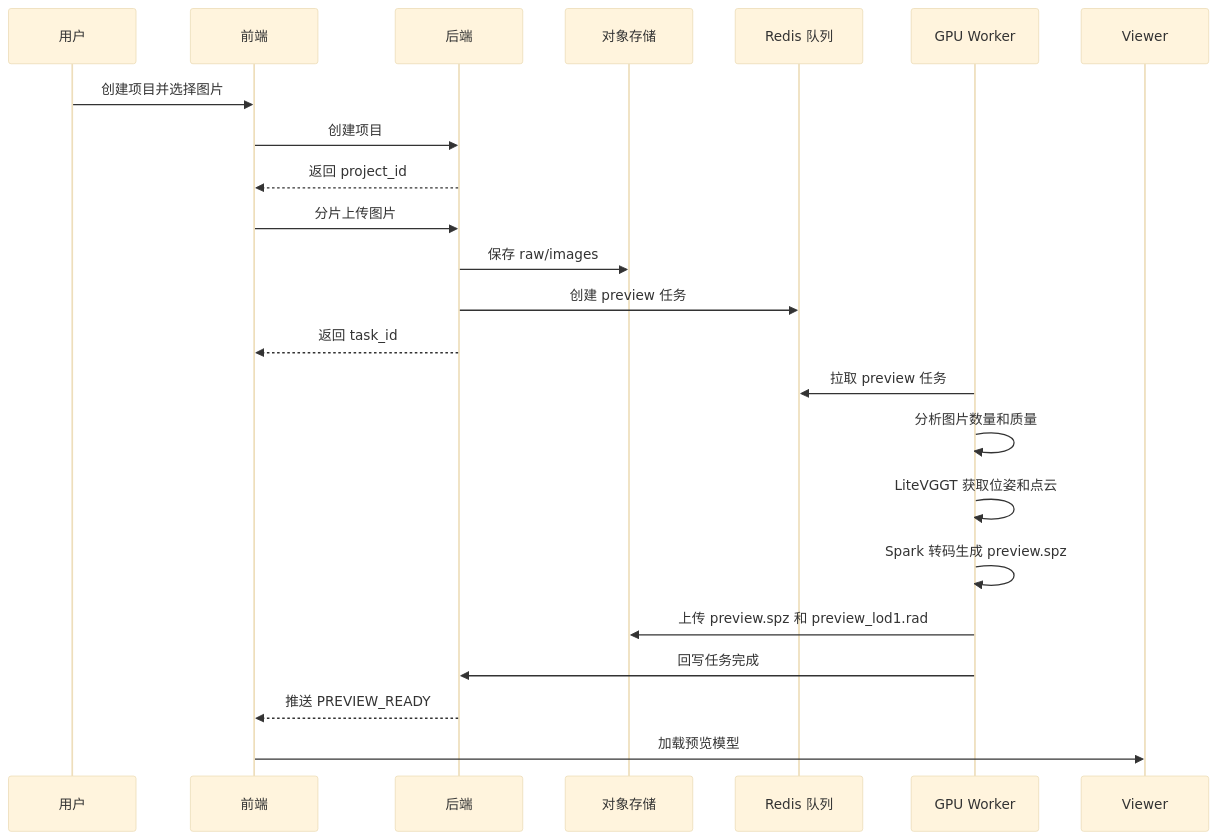
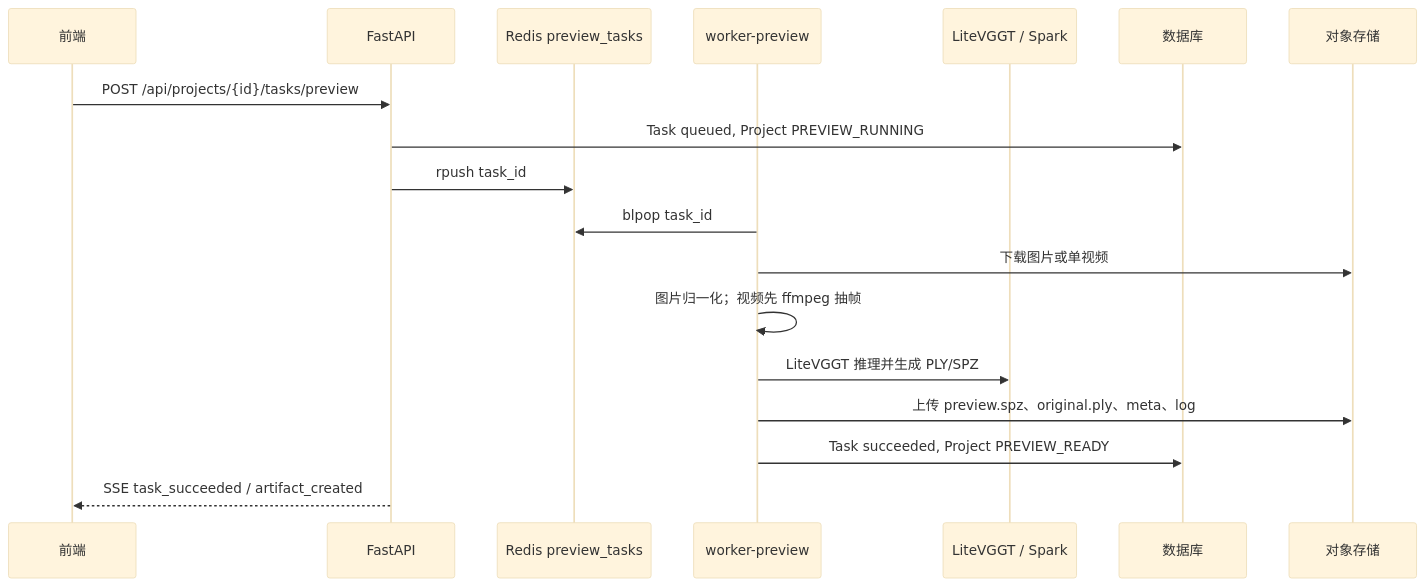
One commit to Braveliu66/3dgsbi changed the second of 3 diagrams in doc/03-workflows-state.md. Above: the diagram before and after it, drawn with Mermaid (base theme). The commit also changed other lines of this file and 27 other files, not shown here.

````diff
--- a/doc/03-workflows-state.md
+++ b/doc/03-workflows-state.md
@@ -29,26 +65,21 @@
 ```mermaid
 sequenceDiagram
-    participant U as 用户
     participant FE as 前端
-    participant API as 后端
-    participant S3 as 对象存储
-    participant Q as Redis 队列
-    participant W as GPU Worker
-    participant V as Viewer
+    participant API as FastAPI
+    participant Q as Redis preview_tasks
+    participant W as worker-preview
+    participant A as LiteVGGT / Spark
+    participant DB as 数据库
+    participant FS as 对象存储
 
-    U->>FE: 创建项目并选择图片
-    FE->>API: 创建项目
-    API-->>FE: 返回 project_id
-    FE->>API: 分片上传图片
-    API->>S3: 保存 raw/images
-    API->>Q: 创建 preview 任务
-    API-->>FE: 返回 task_id
-    W->>Q: 拉取 preview 任务
-    W->>W: 分析图片数量和质量
-    W->>W: LiteVGGT 获取位姿和点云
-    W->>W: Spark 转码生成 preview.spz
-    W->>S3: 上传 preview.spz 和 preview_lod1.rad
-    W->>API: 回写任务完成
-    API-->>FE: 推送 PREVIEW_READY
-    FE->>V: 加载预览模型
+    FE->>API: POST /api/projects/{id}/tasks/preview
+    API->>DB: Task queued, Project PREVIEW_RUNNING
+    API->>Q: rpush task_id
+    W->>Q: blpop task_id
+    W->>FS: 下载图片或单视频
+    W->>W: 图片归一化；视频先 ffmpeg 抽帧
+    W->>A: LiteVGGT 推理并生成 PLY/SPZ
+    W->>FS: 上传 preview.spz、original.ply、meta、log
+    W->>DB: Task succeeded, Project PREVIEW_READY
+    API-->>FE: SSE task_succeeded / artifact_created
 ```
````
